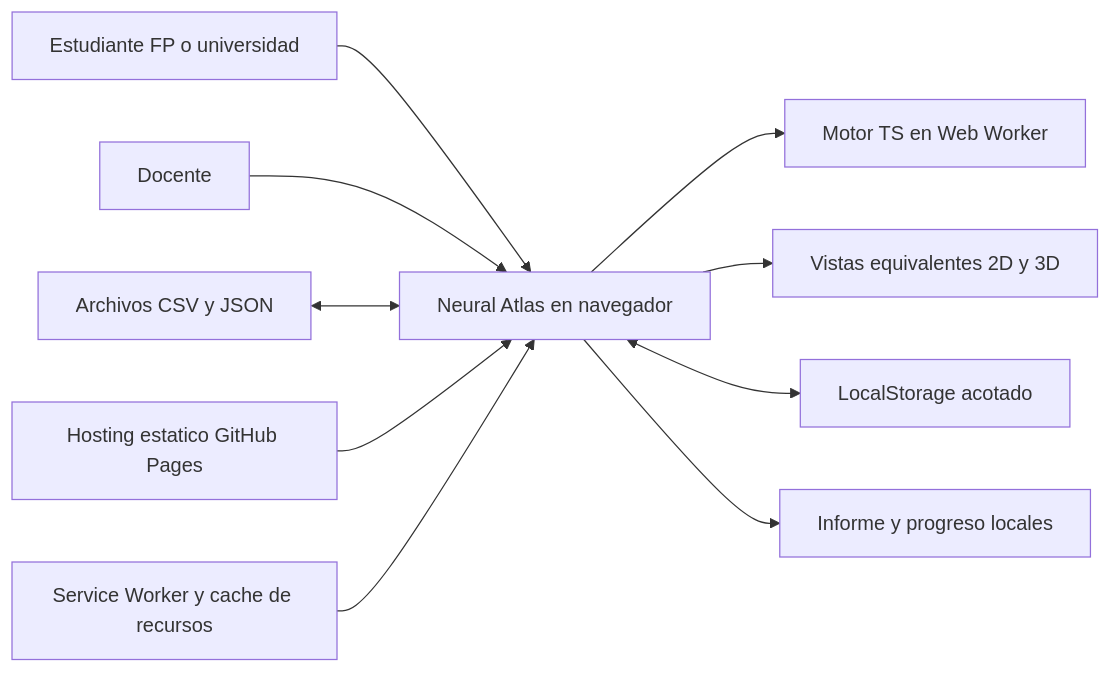
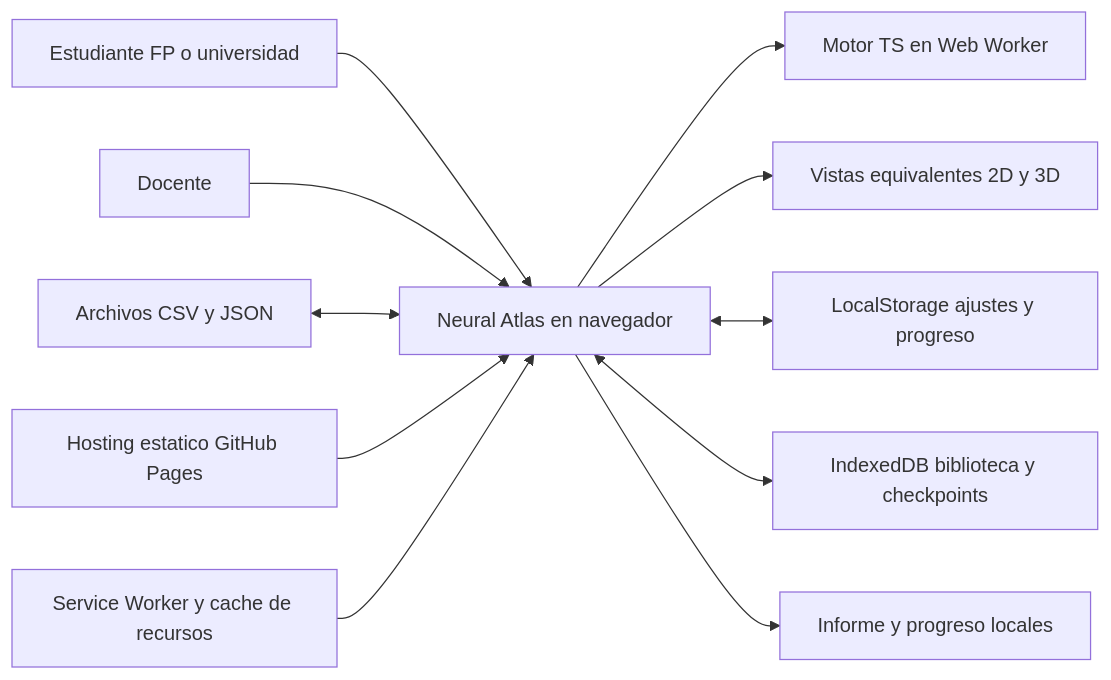
One commit to franmatias/neural-atlas changed the first of 26 diagrams in docs/15-diagramas.md. Above: the diagram before and after it, drawn with Mermaid. The commit also changed other lines of this file and 65 other files, not shown here.

Commit message:
docs: validate revised design diagrams and GitHub publication target

````diff
--- a/docs/15-diagramas.md
+++ b/docs/15-diagramas.md
@@ -11,12 +11,13 @@
 ```mermaid
 flowchart LR
   Estudiante[Estudiante FP o universidad] --> App[Neural Atlas en navegador]
   Docente[Docente] --> App
   App --> Motor[Motor TS en Web Worker]
   App --> Vistas[Vistas equivalentes 2D y 3D]
-  App <--> Local[LocalStorage acotado]
+  App <--> Local[LocalStorage ajustes y progreso]
+  App <--> IDB[IndexedDB biblioteca y checkpoints]
   Archivos[Archivos CSV y JSON] <--> App
   Pages[Hosting estatico GitHub Pages] --> App
   SW[Service Worker y cache de recursos] --> App
   App --> Evidencia[Informe y progreso locales]
 ```
````
